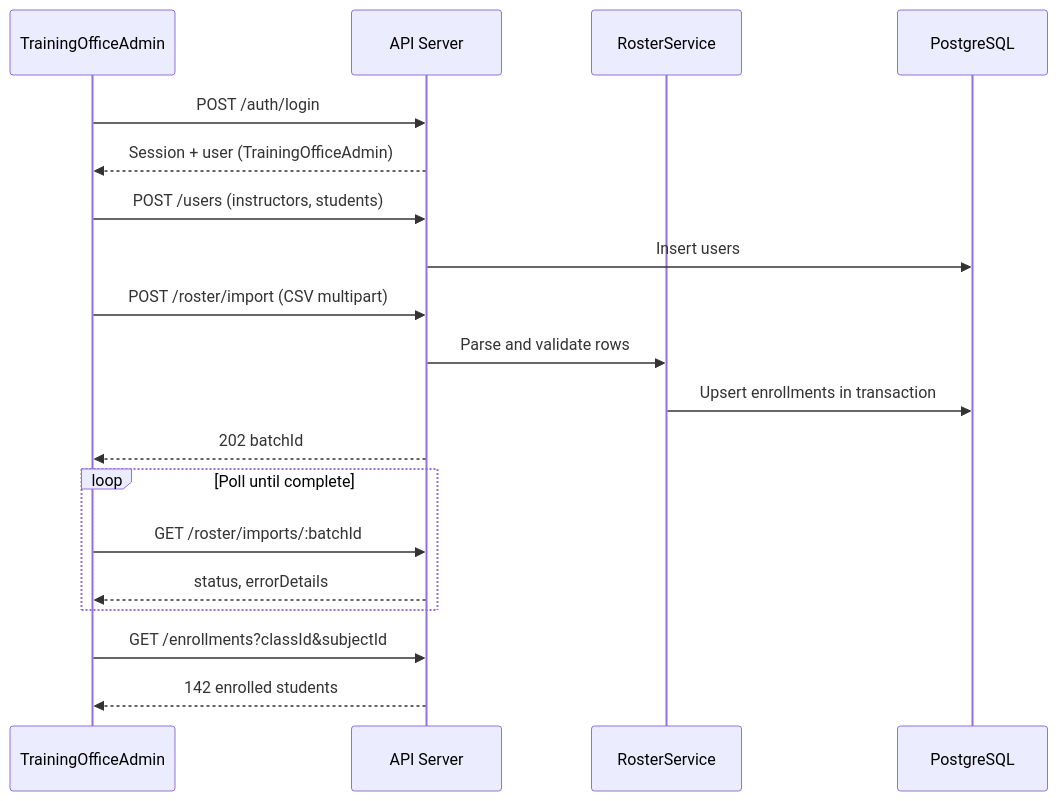
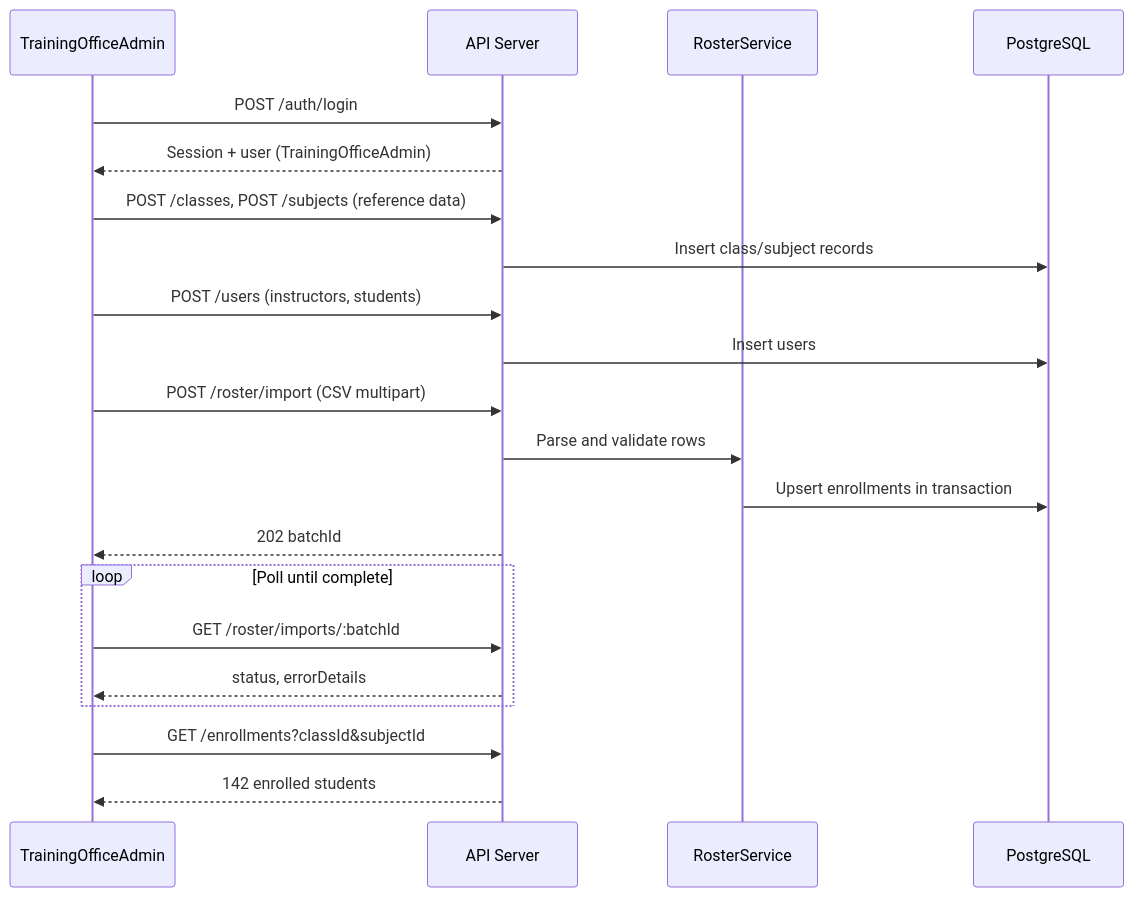
Before and after one commit to trannamtrung1st/ai-engineering-learning: the second of 8 diagrams in projects/ai-harnessed_we-check-app/docs/technical/06-main-workflows.md, drawn with Mermaid. The commit also changed other lines of this file and 44 other files, not shown here.

````diff
--- a/projects/ai-harnessed_we-check-app/docs/technical/06-main-workflows.md
+++ b/projects/ai-harnessed_we-check-app/docs/technical/06-main-workflows.md
@@ -42,22 +52,24 @@
 ```mermaid
 sequenceDiagram
     participant A as TrainingOfficeAdmin
     participant API as API Server
     participant RS as RosterService
     participant DB as PostgreSQL
 
     A->>API: POST /auth/login
     API-->>A: Session + user (TrainingOfficeAdmin)
+    A->>API: POST /classes, POST /subjects (reference data)
+    API->>DB: Insert class/subject records
     A->>API: POST /users (instructors, students)
     API->>DB: Insert users
     A->>API: POST /roster/import (CSV multipart)
     API->>RS: Parse and validate rows
     RS->>DB: Upsert enrollments in transaction
     API-->>A: 202 batchId
     loop Poll until complete
         A->>API: GET /roster/imports/:batchId
         API-->>A: status, errorDetails
     end
     A->>API: GET /enrollments?classId&subjectId
     API-->>A: 142 enrolled students
 ```
````
